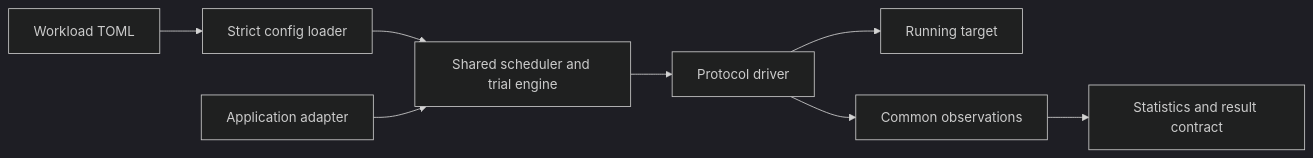
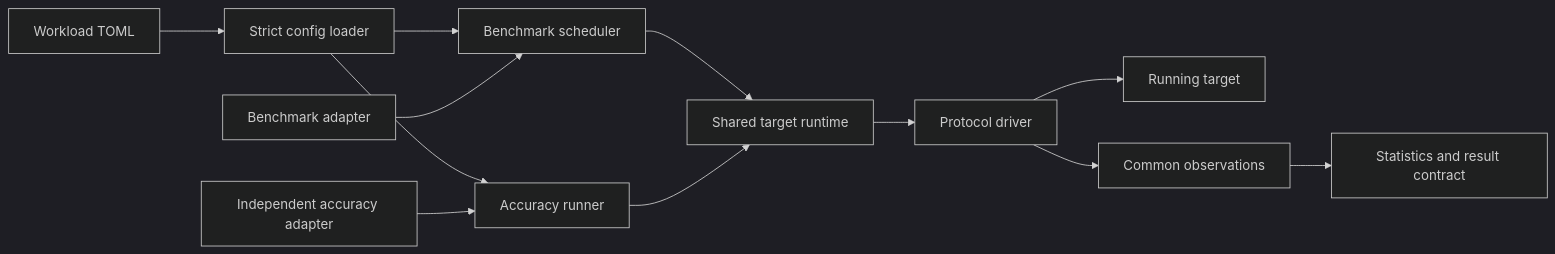
One commit to uw-syfi/vibesys changed the first of 2 diagrams in examples/evaluators/microservice/DESIGN.md. Above: the diagram before and after it, drawn with Mermaid (dark theme). The commit also changed other lines of this file and 44 other files, not shown here.

````diff
--- a/examples/evaluators/microservice/DESIGN.md
+++ b/examples/evaluators/microservice/DESIGN.md
@@ -5,10 +5,14 @@
 ```mermaid
 flowchart LR
     W["Workload TOML"] --> C["Strict config loader"]
-    C --> E["Shared scheduler and trial engine"]
-    A["Application adapter"] --> E
-    E --> D["Protocol driver"]
+    C --> B["Benchmark scheduler"]
+    C --> K["Accuracy runner"]
+    BA["Benchmark adapter"] --> B
+    AA["Independent accuracy adapter"] --> K
+    B --> R["Shared target runtime"]
+    K --> R
+    R --> D["Protocol driver"]
     D --> T["Running target"]
     D --> O["Common observations"]
     O --> S["Statistics and result contract"]
 ```
````
